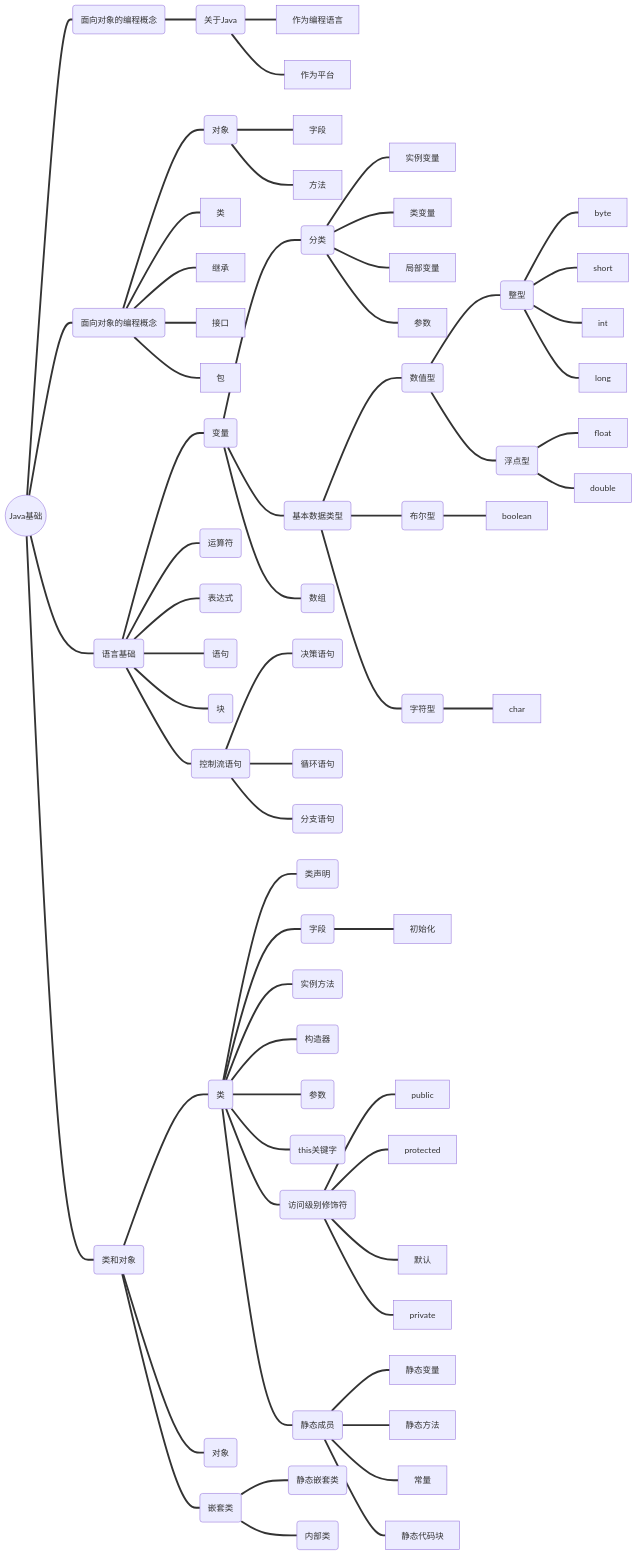
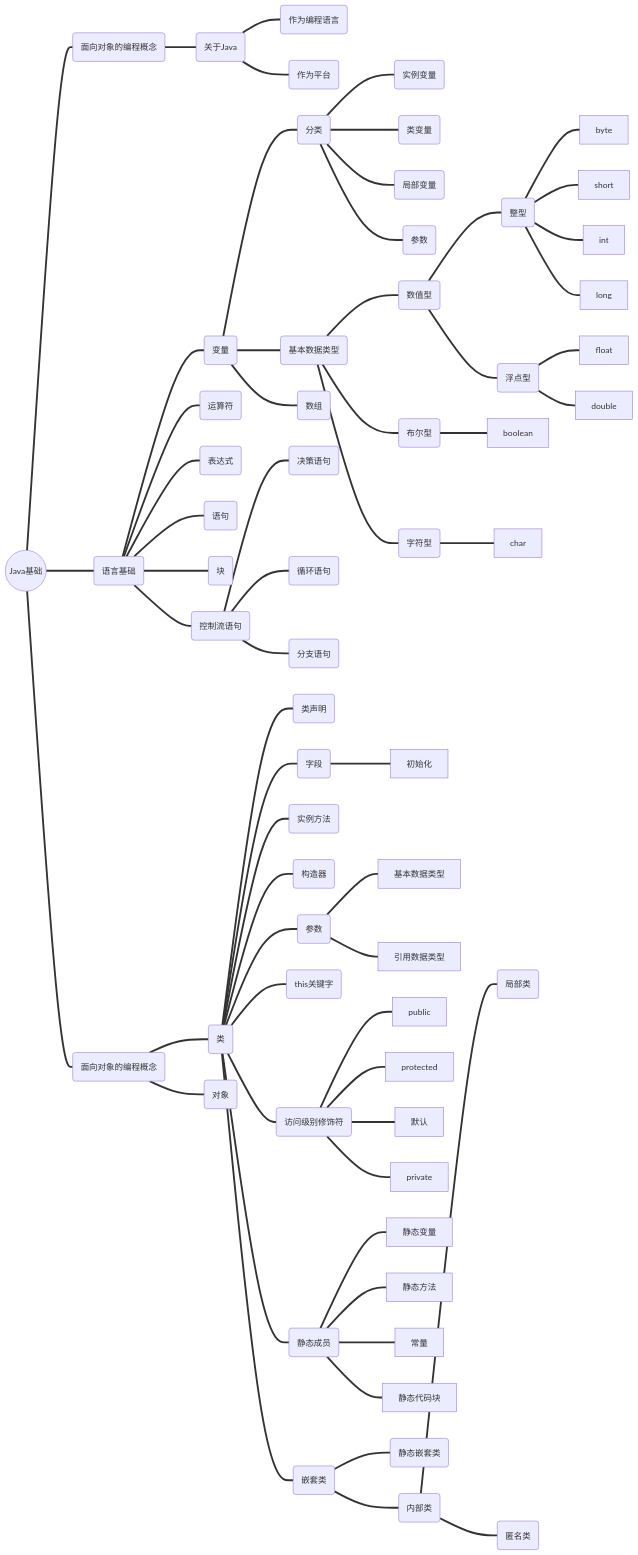
One commit to small-rose/code-notes changed the diagram in _java/javase/new-to-java/index.md. Above: the diagram before and after it, drawn with Mermaid. The commit also changed other lines of this file and 4 other files, not shown here.

````diff
--- a/_java/javase/new-to-java/index.md
+++ b/_java/javase/new-to-java/index.md
@@ -16,31 +16,17 @@
   
   Main===A(面向对象的编程概念)
   A===A-1(关于Java)
-  A-1===作为编程语言
-  A-1===作为平台
-  
-  Main===B(面向对象的编程概念)
-  
-  B===B-1(对象)
-  B-1===字段
-  B-1===方法
-  
-  B===类
-  
-  B===继承
-  
-  B===接口
-  
-  B===包
+  A-1===A-1-1(作为编程语言)
+  A-1===A-1-2(作为平台)
   
   Main===C(语言基础)
   
   C===C-1(变量)
   C-1===C-1-1(分类)
-  C-1-1===实例变量
-  C-1-1===类变量
-  C-1-1===局部变量
-  C-1-1===参数
+  C-1-1===C-1-1-1(实例变量)
+  C-1-1===C-1-1-2(类变量)
+  C-1-1===C-1-1-3(局部变量)
+  C-1-1===C-1-1-4(参数)
   C-1===C-1-2(基本数据类型)
   C-1-2===C-1-2-1(数值型)
   C-1-2===C-1-2-2(布尔型)
@@ -70,7 +56,7 @@
   C-6===C-6-2(循环语句)
   C-6===C-6-3(分支语句)
   
-  Main===D(类和对象)
+  Main===D(面向对象的编程概念)
   
   D===D-1(类)
   D-1===D-1-1(类声明)
@@ -79,6 +65,8 @@
   D-1===D-1-3(实例方法)
   D-1===D-1-4(构造器)
   D-1===D-1-5(参数)
+  D-1-5===基本数据类型
+  D-1-5===引用数据类型
   D-1===D-1-6(this关键字)
   D-1===D-1-7(访问级别修饰符)
   D-1-7===public
@@ -90,8 +78,10 @@
   D-1-8===静态方法
   D-1-8===常量
   D-1-8===静态代码块
+  D-1===D-1-9(嵌套类)
+  D-1-9===D-1-9-1(静态嵌套类)
+  D-1-9===D-1-9-2(内部类)
+  D-1-9-2===D-1-9-2-1(局部类)
+  D-1-9-2===D-1-9-2-2(匿名类)
   D===D-2(对象)
-  D===D-3(嵌套类)
-  D-3===D-3-1(静态嵌套类)
-  D-3===D-3-2(内部类)
 ```
````
